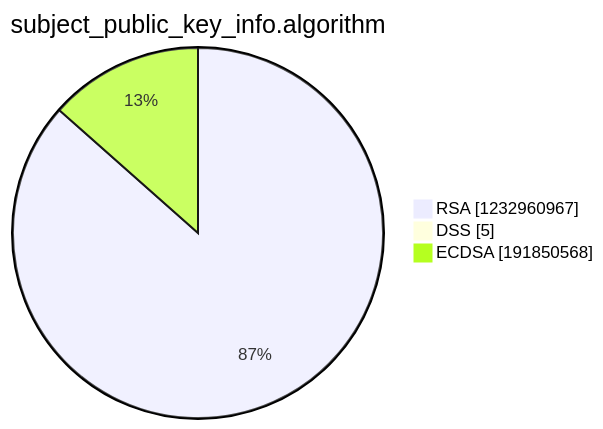
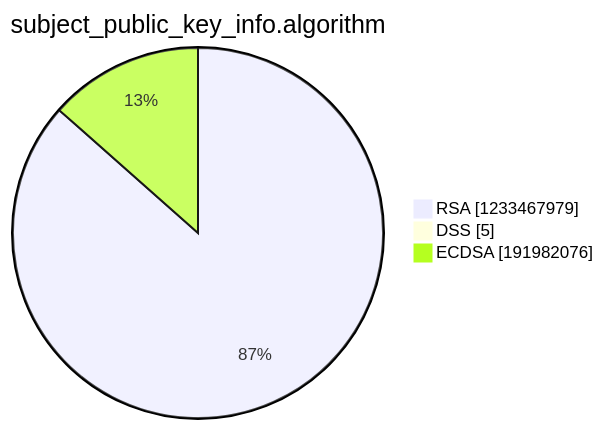
One commit to christiankrug/ctmonitor_visualization changed the third of 15 diagrams in argon2022/README.md. Above: the diagram before and after it, drawn with Mermaid. The commit also changed other lines of this file, not shown here.

````diff
--- a/argon2022/README.md
+++ b/argon2022/README.md
@@ -14,7 +14,7 @@
 ```mermaid
 pie showData
 title subject_public_key_info.algorithm
-"RSA" :1232960967
+"RSA" :1233467979
 "DSS" :5
-"ECDSA" :191850568
+"ECDSA" :191982076
 ```
````
